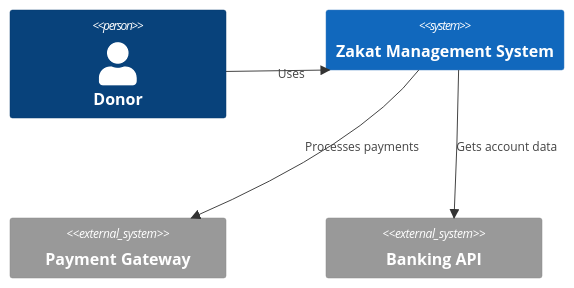
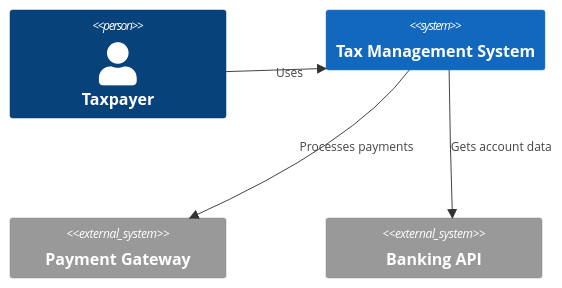
Before and after one commit to wahidyankf/open-sharia-enterprise: the fifth of 9 diagrams in docs/explanation/software/architecture/c4-architecture-model/ex-so-ar-c4armo__14-best-practices.md, drawn with Mermaid. The commit also changed other lines of this file and 94 other files, not shown here.

````diff
--- a/docs/explanation/software/architecture/c4-architecture-model/ex-so-ar-c4armo__14-best-practices.md
+++ b/docs/explanation/software/architecture/c4-architecture-model/ex-so-ar-c4armo__14-best-practices.md
@@ -274,11 +274,11 @@
 ```mermaid
 C4Context
-    Person(donor, "Donor")
-    System(zakat, "Zakat Management System")
+    Person(taxpayer, "Taxpayer")
+    System(tax, "Tax Management System")
     System_Ext(payment, "Payment Gateway")
     System_Ext(bank, "Banking API")
 
-    Rel(donor, zakat, "Uses")
-    Rel(zakat, payment, "Processes payments")
-    Rel(zakat, bank, "Gets account data")
+    Rel(taxpayer, tax, "Uses")
+    Rel(tax, payment, "Processes payments")
+    Rel(tax, bank, "Gets account data")
 ```
````
